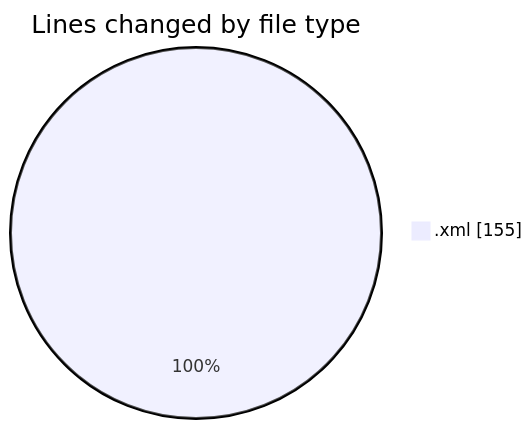
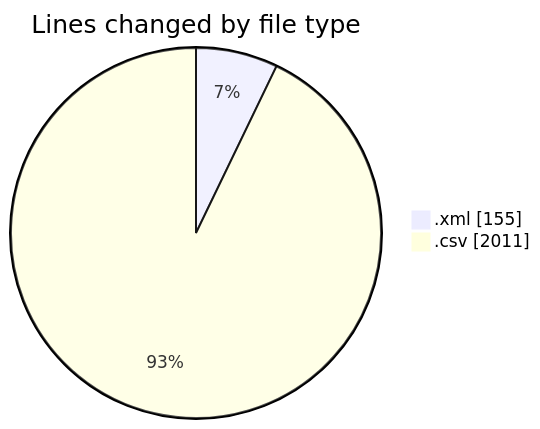
The first of 2 diagrams in 2026-06-04/cilapp/README.md (ricardozamudiocil/code-tracking), drawn with Mermaid before and after one commit. The commit also changed other lines of this file and 1 other file, not shown here.

````diff
--- a/2026-06-04/cilapp/README.md
+++ b/2026-06-04/cilapp/README.md
@@ -20,5 +21,6 @@
 ```mermaid
 pie showData
 title Lines changed by file type
 ".xml" : 155
+".csv" : 2011
 ```
````
